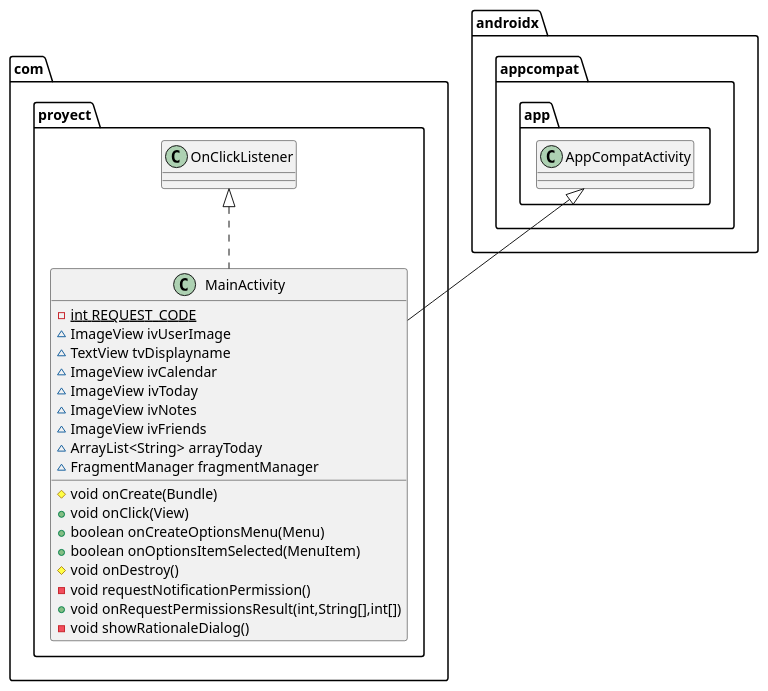
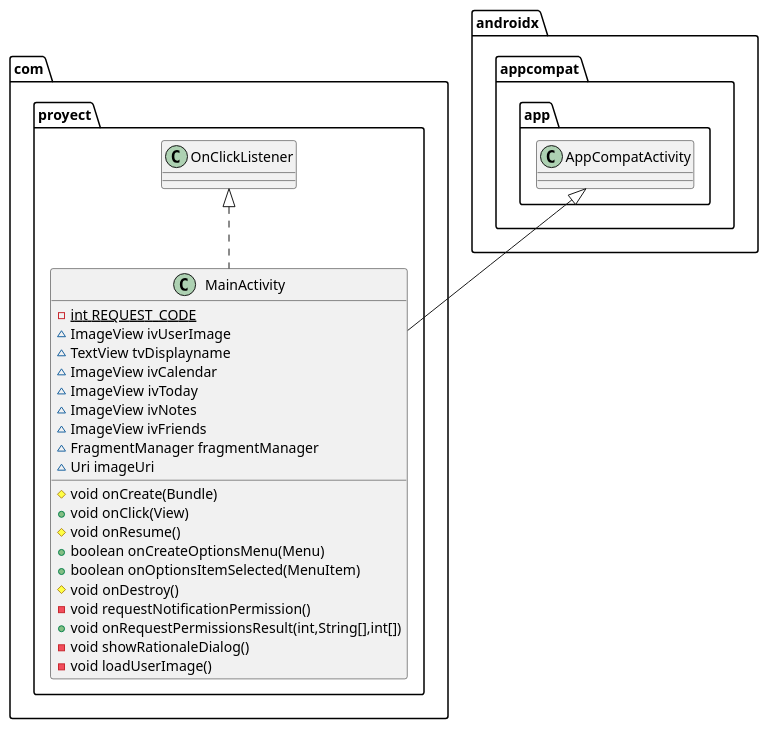
The diagram in DOCUMENTOS/Diagramas y esquemas/MainActivity.puml (Diroween/Eventia), drawn with PlantUML before and after one commit. The commit also changed 18 other files, not shown here.

```diff
--- a/DOCUMENTOS/Diagramas y esquemas/MainActivity.puml
+++ b/DOCUMENTOS/Diagramas y esquemas/MainActivity.puml
@@ -1,27 +1,29 @@
 @startuml
 class com.proyect.MainActivity {
 - {static} int REQUEST_CODE
 ~ ImageView ivUserImage
 ~ TextView tvDisplayname
 ~ ImageView ivCalendar
 ~ ImageView ivToday
 ~ ImageView ivNotes
 ~ ImageView ivFriends
-~ ArrayList<String> arrayToday
 ~ FragmentManager fragmentManager
+~ Uri imageUri
 # void onCreate(Bundle)
 + void onClick(View)
+# void onResume()
 + boolean onCreateOptionsMenu(Menu)
 + boolean onOptionsItemSelected(MenuItem)
 # void onDestroy()
 - void requestNotificationPermission()
 + void onRequestPermissionsResult(int,String[],int[])
 - void showRationaleDialog()
+- void loadUserImage()
 }
 
 
 
 
 com.proyect.OnClickListener <|.. com.proyect.MainActivity
 androidx.appcompat.app.AppCompatActivity <|-- com.proyect.MainActivity
 @enduml
```
